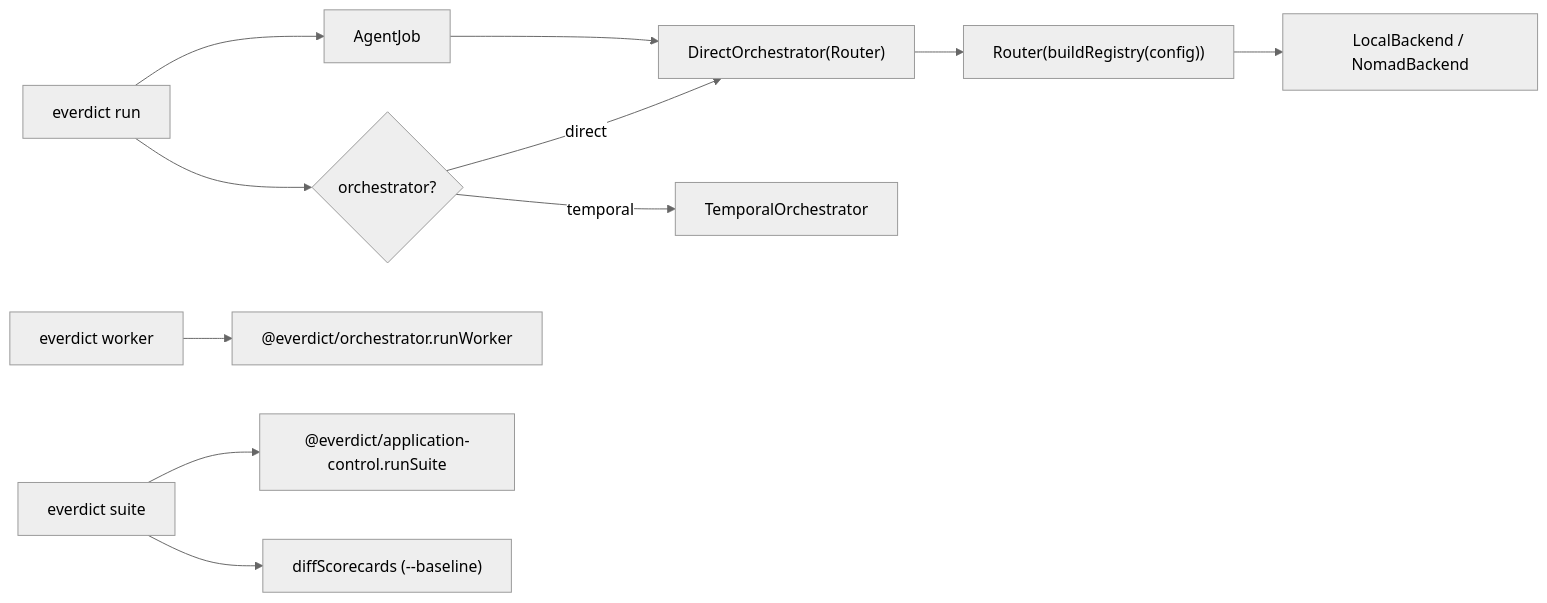
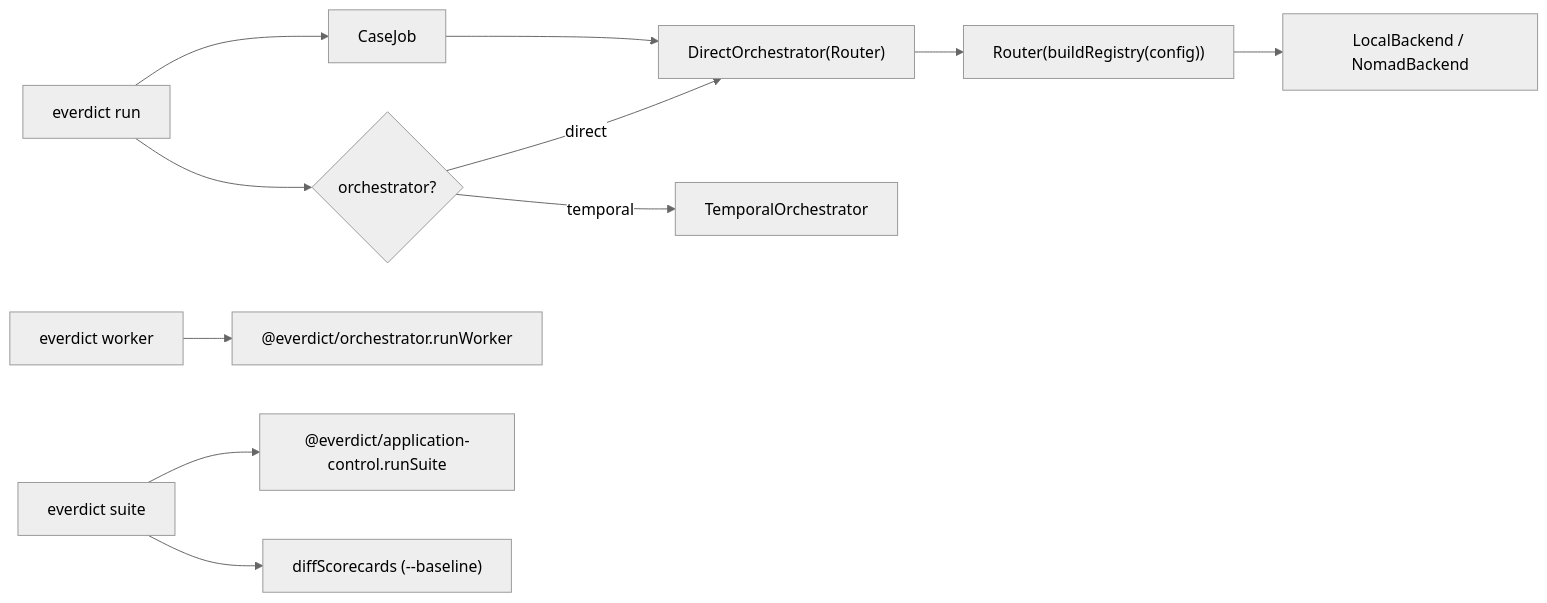
Diagram 23 of 24 in docs/architecture/collaboration.md (everdict/everdict), drawn with Mermaid (neutral theme) before and after one commit. The commit also changed other lines of this file and 180 other files, not shown here.

````diff
--- a/docs/architecture/collaboration.md
+++ b/docs/architecture/collaboration.md
@@ -962,13 +962,13 @@
 ```mermaid
 flowchart LR
   run["everdict run"] --> orch{orchestrator?}
   orch -->|direct| DO["DirectOrchestrator(Router)"]
   orch -->|temporal| TO["TemporalOrchestrator"]
   DO --> Router["Router(buildRegistry(config))"]
   Router --> B["LocalBackend / NomadBackend"]
-  run --> job[AgentJob] --> DO
+  run --> job[CaseJob] --> DO
 
   worker["everdict worker"] --> runWorker["@everdict/orchestrator.runWorker"]
   suite["everdict suite"] --> runSuite["@everdict/application-control.runSuite"]
   suite --> diff["diffScorecards (--baseline)"]
 ```
````
